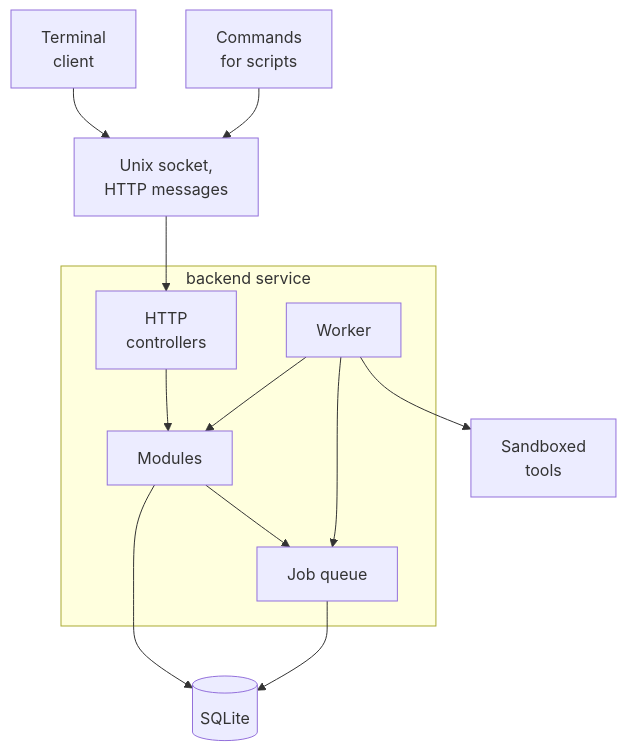
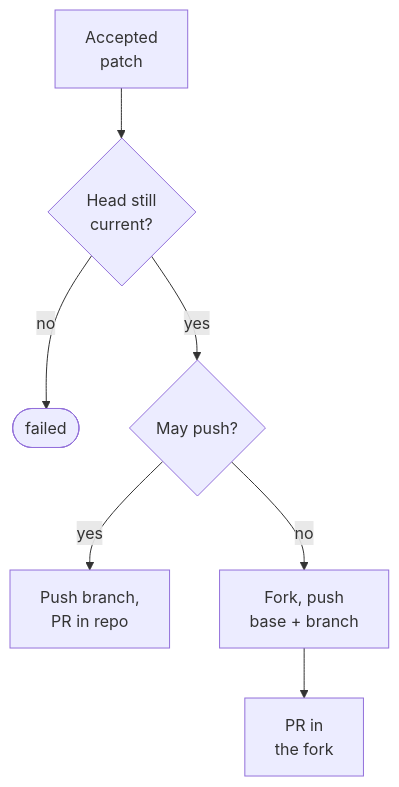
The fourth of 4 diagrams in docs/plan/system-design.md (daitkhev/coverage-autopilot), drawn with Mermaid before and after one commit. The commit also changed other lines of this file, not shown here.

````diff
--- a/docs/plan/system-design.md
+++ b/docs/plan/system-design.md
@@ -1332,21 +225,9 @@
 ```mermaid
 flowchart TD
-    TUI["Terminal<br/>client"] --> SOCK["Unix socket,<br/>HTTP messages"]
-    CMD["Commands<br/>for scripts"] --> SOCK
-
-    subgraph SVC["backend service"]
-        API["HTTP<br/>controllers"]
-        WORKER["Worker"]
-        MOD["Modules"]
-        Q["Job queue"]
-    end
-
-    SOCK --> API
-    API --> MOD
-    MOD --> Q
-    WORKER --> Q
-    WORKER --> MOD
-    MOD --> DB[("SQLite")]
-    Q --> DB
-    WORKER --> TOOLS["Sandboxed<br/>tools"]
+    ACC["Accepted<br/>patch"] --> HEAD{"Head still<br/>current?"}
+    HEAD -->|"no"| STALE(["failed"])
+    HEAD -->|"yes"| PUSH{"May push?"}
+    PUSH -->|"yes"| REPO["Push branch,<br/>PR in repo"]
+    PUSH -->|"no"| FORK["Fork, push<br/>base + branch"]
+    FORK --> PRF["PR in<br/>the fork"]
 ```
````
